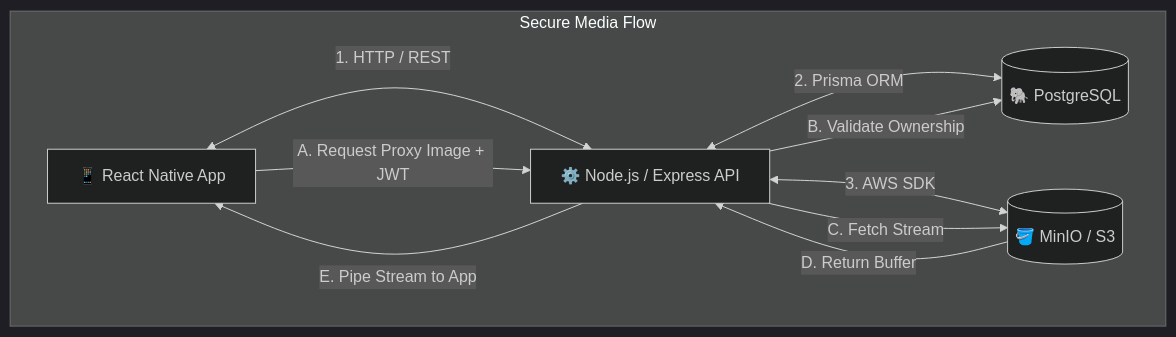
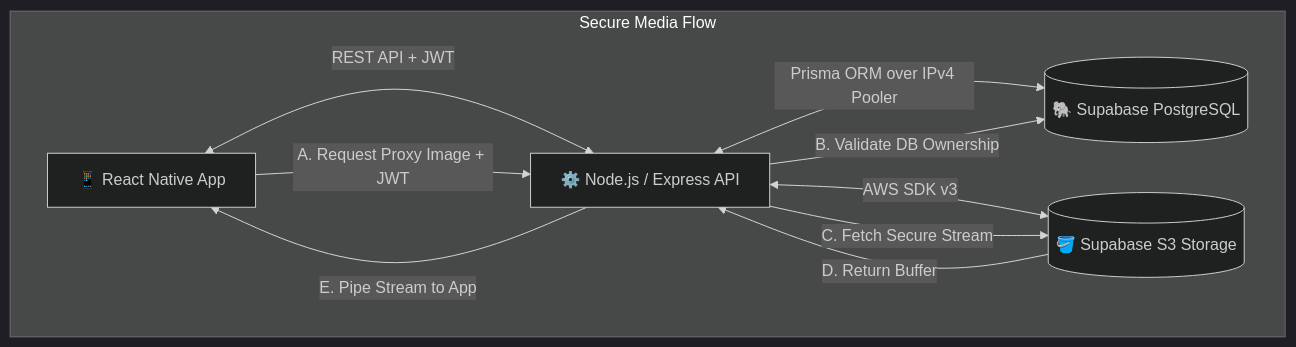
One commit to talibuilds/FAZE changed the first of 2 diagrams in README.md. Above: the diagram before and after it, drawn with Mermaid (dark theme). The commit also changed other lines of this file, not shown here.

````diff
--- a/README.md
+++ b/README.md
@@ -111,19 +77,19 @@
 ```mermaid
 graph TD
     Client[📱 React Native App]
     Backend[⚙️ Node.js / Express API]
-    DB[(🐘 PostgreSQL)]
-    S3[(🪣 MinIO / S3)]
+    DB[(🐘 Supabase PostgreSQL)]
+    S3[(🪣 Supabase S3 Storage)]
 
-    Client <-->|1. HTTP / REST| Backend
-    Backend <-->|2. Prisma ORM| DB
-    Backend <-->|3. AWS SDK| S3
+    Client <-->|REST API + JWT| Backend
+    Backend <-->|Prisma ORM over IPv4 Pooler| DB
+    Backend <-->|AWS SDK v3| S3
 
     subgraph Secure Media Flow
         Client -->|A. Request Proxy Image + JWT| Backend
-        Backend -->|B. Validate Ownership| DB
-        Backend -->|C. Fetch Stream| S3
+        Backend -->|B. Validate DB Ownership| DB
+        Backend -->|C. Fetch Secure Stream| S3
         S3 -->|D. Return Buffer| Backend
         Backend -->|E. Pipe Stream to App| Client
     end
 ```
````
